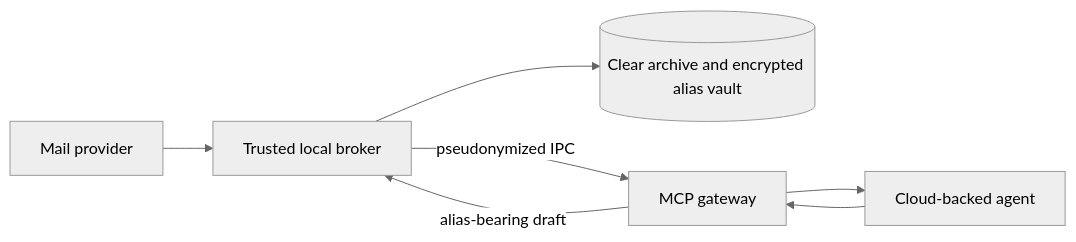
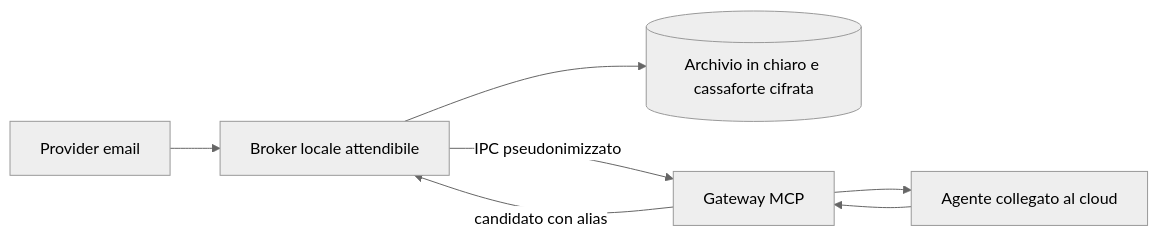
The diagram in docs/security/pseudonymization/diagrams/agent-privacy-boundary-isolated-broker-after.mmd (Wulfgardr/work-assistant), drawn with Mermaid (neutral theme) before and after one commit. The commit also changed 38 other files, not shown here.

```diff
--- a/docs/security/pseudonymization/diagrams/agent-privacy-boundary-isolated-broker-after.mmd
+++ b/docs/security/pseudonymization/diagrams/agent-privacy-boundary-isolated-broker-after.mmd
@@ -1,7 +1,7 @@
 flowchart LR
-  Provider[Mail provider] --> Broker[Trusted local broker]
-  Broker --> Archive[(Clear archive and encrypted alias vault)]
-  Broker -->|pseudonymized IPC| Gateway[MCP gateway]
-  Gateway --> Agent[Cloud-backed agent]
-  Agent --> Gateway
-  Gateway -->|alias-bearing draft| Broker
+  Provider[Provider email] --> Broker[Broker locale attendibile]
+  Broker --> Archivio[(Archivio in chiaro e cassaforte cifrata)]
+  Broker -->|IPC pseudonimizzato| Gateway[Gateway MCP]
+  Gateway --> Agente[Agente collegato al cloud]
+  Agente --> Gateway
+  Gateway -->|candidato con alias| Broker
```
